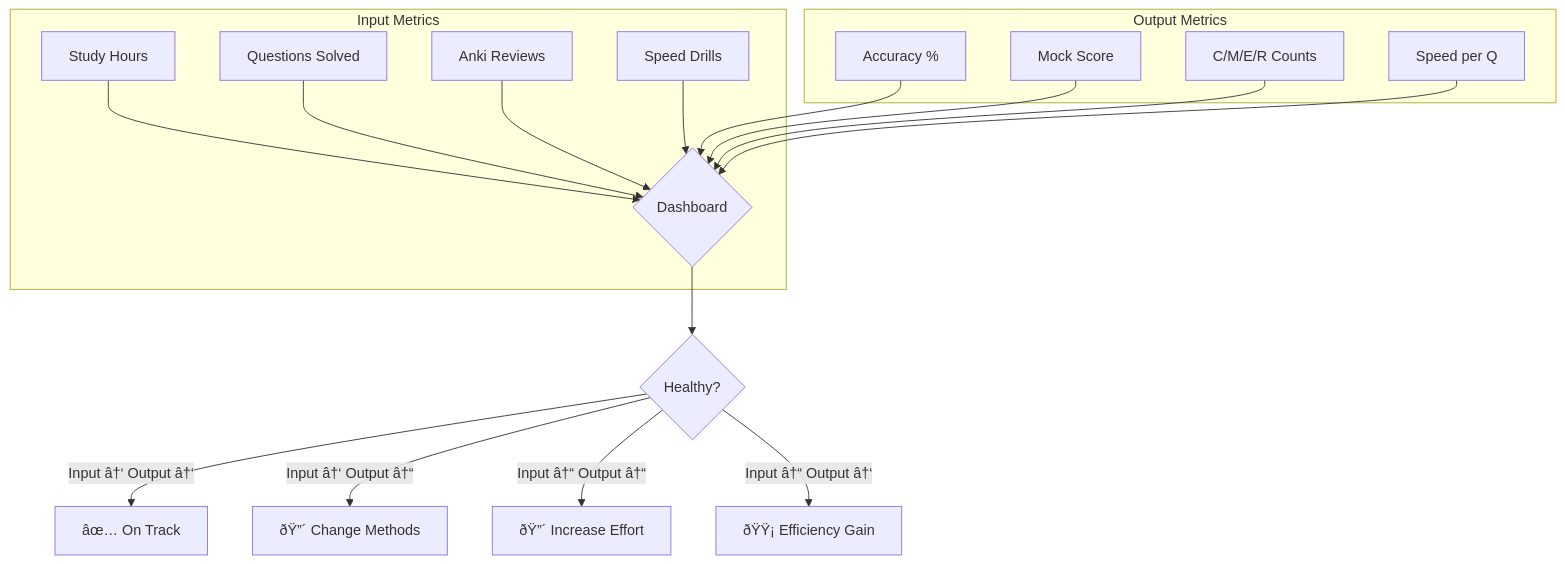
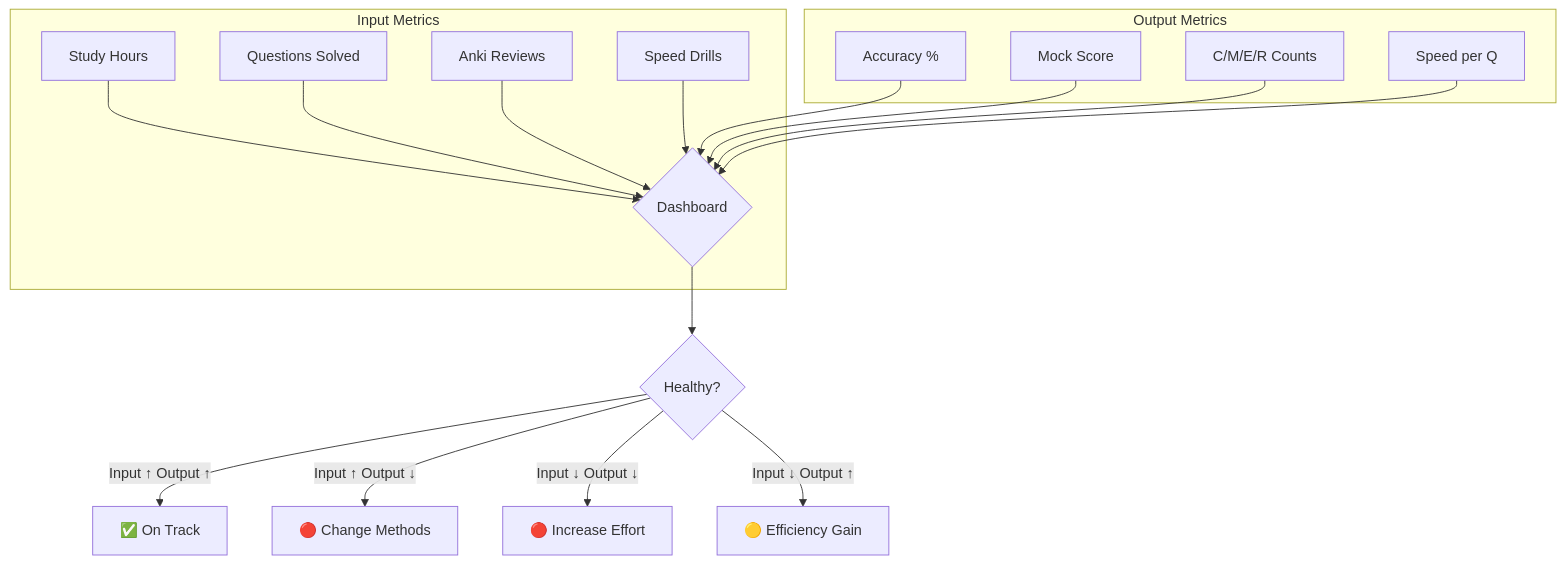
Before and after one commit to Raushan666java/ai-engineering-journey: the fourth of 9 diagrams in docs/courses/learning-how-to-learn/ch-16-self-assessment-strategy.md, drawn with Mermaid. The commit also changed other lines of this file and 965 other files, not shown here.

````diff
--- a/docs/courses/learning-how-to-learn/ch-16-self-assessment-strategy.md
+++ b/docs/courses/learning-how-to-learn/ch-16-self-assessment-strategy.md
@@ -537,22 +537,22 @@
 ```mermaid
 flowchart TD
     subgraph "Input Metrics"
         A[Study Hours] --> E{Dashboard}
         B[Questions Solved] --> E
         C[Anki Reviews] --> E
         D[Speed Drills] --> E
     end
     
     subgraph "Output Metrics"
         F[Accuracy %] --> E
         G[Mock Score] --> E
         H[C/M/E/R Counts] --> E
         I[Speed per Q] --> E
     end
     
     E --> J{Healthy?}
-    J -->|Input â†‘ Output â†‘| K[âœ… On Track]
-    J -->|Input â†‘ Output â†“| L[ðŸ”´ Change Methods]
-    J -->|Input â†“ Output â†“| M[ðŸ”´ Increase Effort]
-    J -->|Input â†“ Output â†‘| N[ðŸŸ¡ Efficiency Gain]
+    J -->|Input ↑ Output ↑| K[✅ On Track]
+    J -->|Input ↑ Output ↓| L[🔴 Change Methods]
+    J -->|Input ↓ Output ↓| M[🔴 Increase Effort]
+    J -->|Input ↓ Output ↑| N[🟡 Efficiency Gain]
 ```
````
